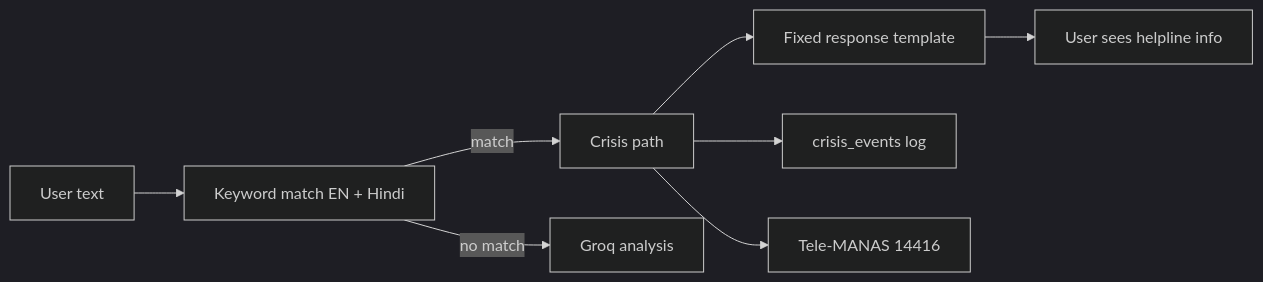
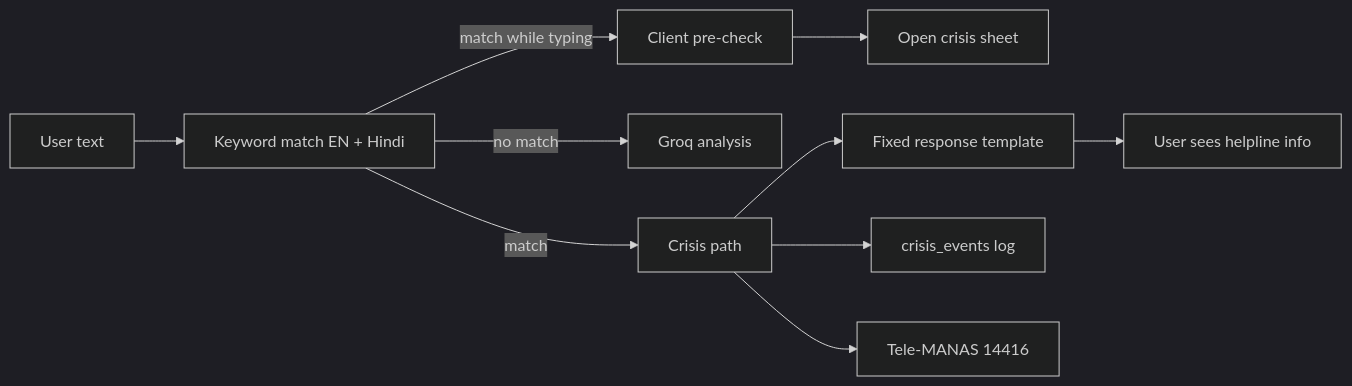
The third of 3 diagrams in docs/architecture.md (hatif03/promptwars-kolkata), drawn with Mermaid (dark theme) before and after one commit. The commit also changed other lines of this file and 53 other files, not shown here.

````diff
--- a/docs/architecture.md
+++ b/docs/architecture.md
@@ -242,10 +279,12 @@
 ```mermaid
 flowchart LR
   Input["User text"] --> Keywords["Keyword match EN + Hindi"]
   Keywords -->|match| Crisis["Crisis path"]
   Keywords -->|no match| LLM["Groq analysis"]
+  Keywords -->|match while typing| PreCheck["Client pre-check"]
+  PreCheck --> CrisisSheet["Open crisis sheet"]
   Crisis --> Template["Fixed response template"]
   Crisis --> Log["crisis_events log"]
   Crisis --> Resources["Tele-MANAS 14416"]
   Template --> User["User sees helpline info"]
 ```
````
